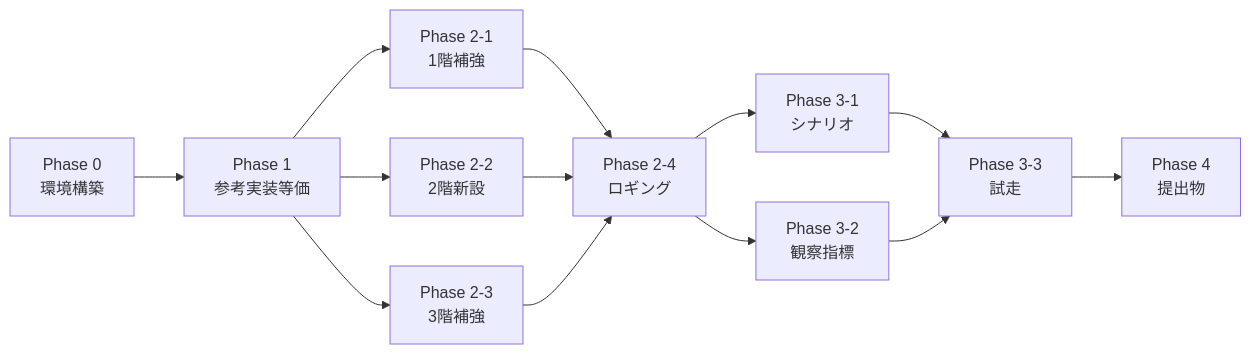
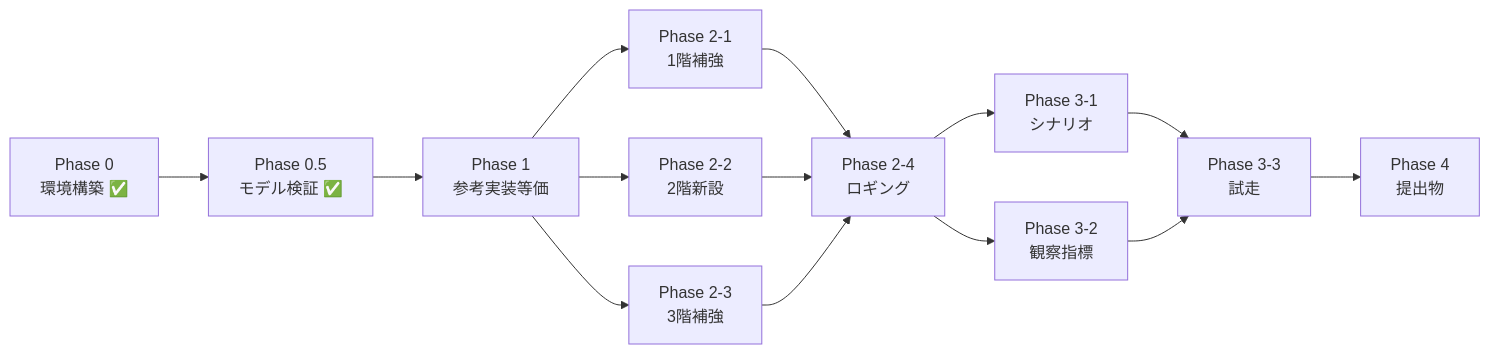
Before and after one commit to Kai-85-git/singulab: the diagram in docs/03_ToDo/02_実装ロードマップ.md, drawn with Mermaid. The commit also changed other lines of this file and 47 other files, not shown here.

````diff
--- a/docs/03_ToDo/02_実装ロードマップ.md
+++ b/docs/03_ToDo/02_実装ロードマップ.md
@@ -166,15 +205,16 @@
 ```mermaid
 graph LR
-    P0[Phase 0<br/>環境構築] --> P1[Phase 1<br/>参考実装等価]
+    P0[Phase 0<br/>環境構築 ✅] --> P05[Phase 0.5<br/>モデル検証 ✅]
+    P05 --> P1[Phase 1<br/>参考実装等価]
     P1 --> P2_World[Phase 2-1<br/>1階補強]
     P1 --> P2_Env[Phase 2-2<br/>2階新設]
     P1 --> P2_Phys[Phase 2-3<br/>3階補強]
     P2_World --> P2_Log[Phase 2-4<br/>ロギング]
     P2_Env --> P2_Log
     P2_Phys --> P2_Log
     P2_Log --> P3_Sce[Phase 3-1<br/>シナリオ]
     P2_Log --> P3_Met[Phase 3-2<br/>観察指標]
     P3_Sce --> P3_Run[Phase 3-3<br/>試走]
     P3_Met --> P3_Run
     P3_Run --> P4[Phase 4<br/>提出物]
 ```
````
